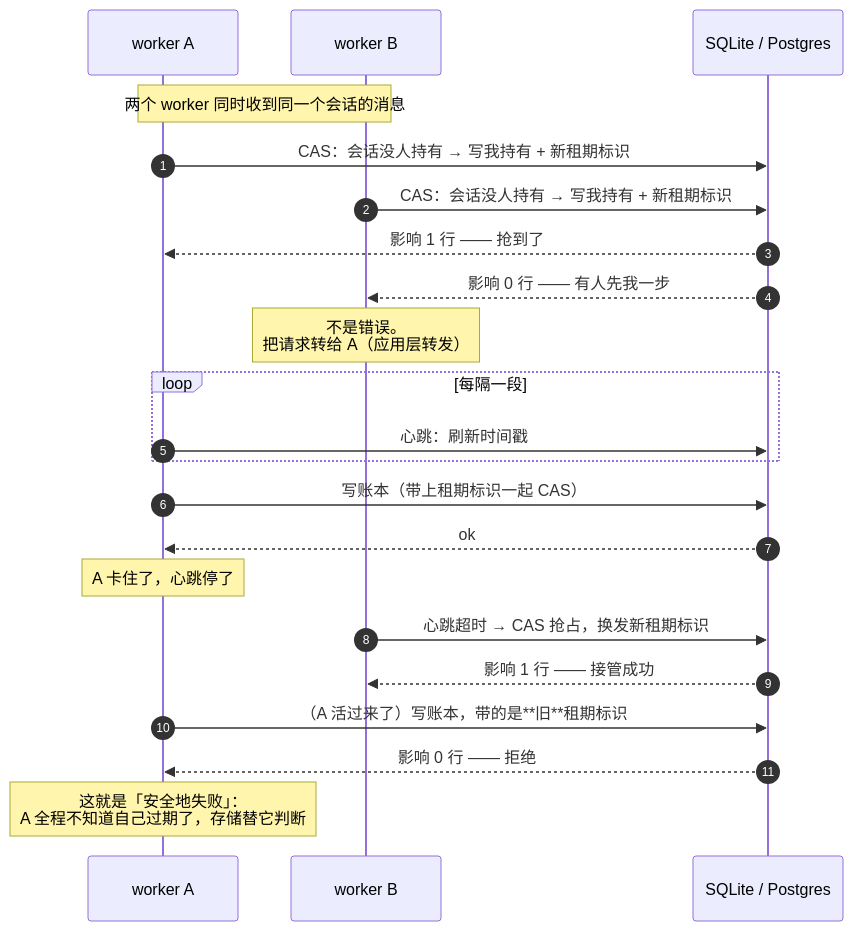
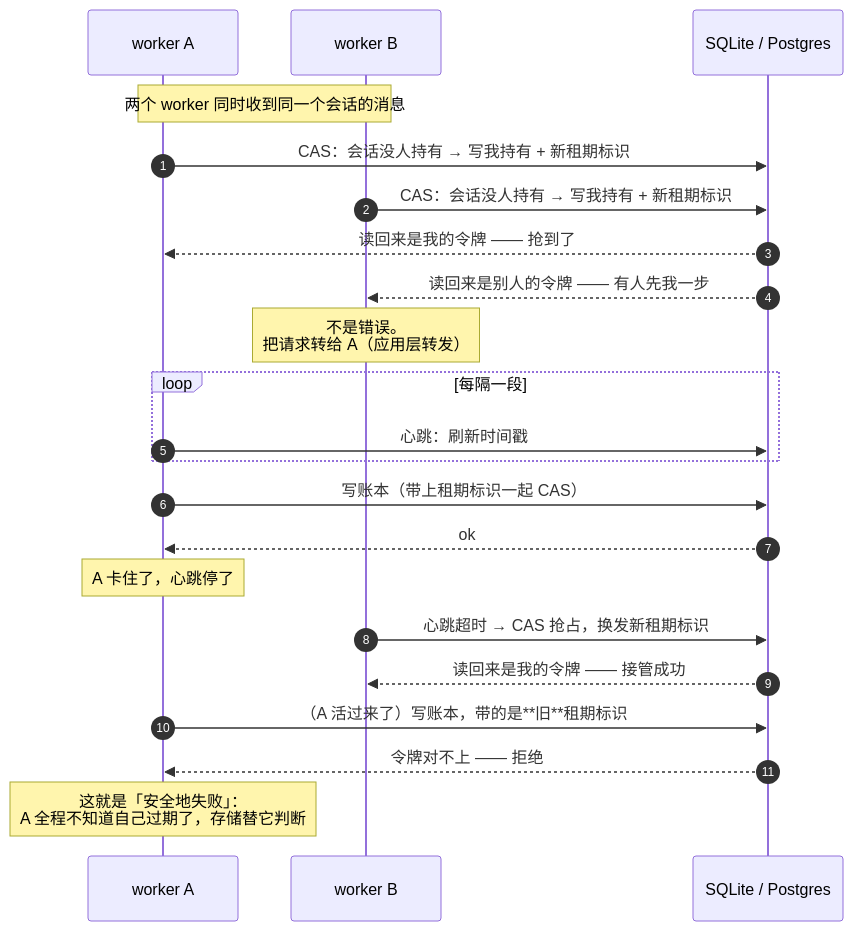
Before and after one commit to ludafa/runko: the diagram in docs/host/node/tech/deployment.md, drawn with Mermaid. The commit also changed other lines of this file and 6 other files, not shown here.

````diff
--- a/docs/host/node/tech/deployment.md
+++ b/docs/host/node/tech/deployment.md
@@ -44,28 +46,28 @@
 ```mermaid
 sequenceDiagram
     autonumber
     participant W1 as worker A
     participant W2 as worker B
     participant DB as SQLite / Postgres
 
     Note over W1,W2: 两个 worker 同时收到同一个会话的消息
     W1->>DB: CAS：会话没人持有 → 写我持有 + 新租期标识
     W2->>DB: CAS：会话没人持有 → 写我持有 + 新租期标识
-    DB-->>W1: 影响 1 行 —— 抢到了
-    DB-->>W2: 影响 0 行 —— 有人先我一步
+    DB-->>W1: 读回来是我的令牌 —— 抢到了
+    DB-->>W2: 读回来是别人的令牌 —— 有人先我一步
     Note over W2: 不是错误。<br/>把请求转给 A（应用层转发）
 
     loop 每隔一段
         W1->>DB: 心跳：刷新时间戳
     end
 
     W1->>DB: 写账本（带上租期标识一起 CAS）
     DB-->>W1: ok
 
     Note over W1: A 卡住了，心跳停了
     W2->>DB: 心跳超时 → CAS 抢占，换发新租期标识
-    DB-->>W2: 影响 1 行 —— 接管成功
+    DB-->>W2: 读回来是我的令牌 —— 接管成功
     W1->>DB: （A 活过来了）写账本，带的是**旧**租期标识
-    DB-->>W1: 影响 0 行 —— 拒绝
+    DB-->>W1: 令牌对不上 —— 拒绝
     Note over W1: 这就是「安全地失败」：<br/>A 全程不知道自己过期了，存储替它判断
 ```
````
